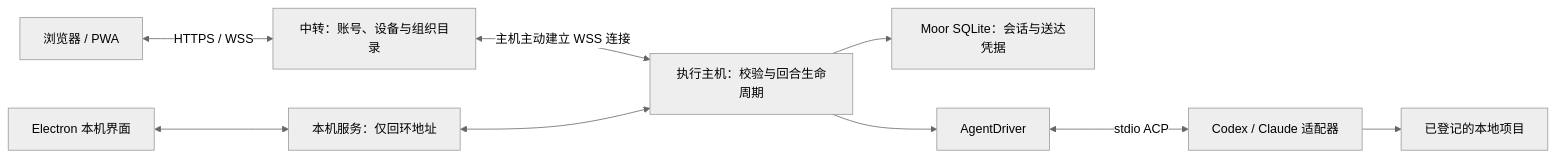
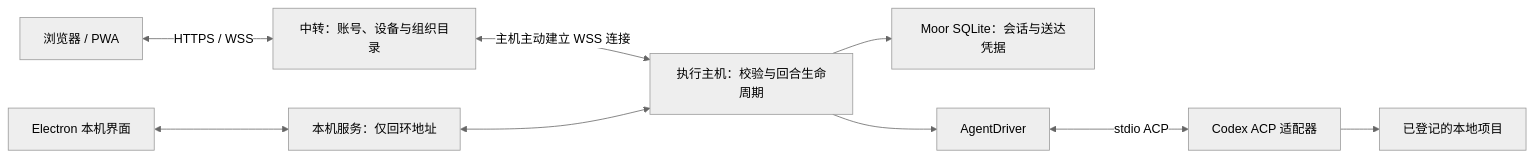
The diagram in docs/core.md (zZOMZz/moor), drawn with Mermaid (neutral theme) before and after one commit. The commit also changed other lines of this file and 68 other files, not shown here.

Commit message:
refactor(agent): use local Codex runtime

````diff
--- a/docs/core.md
+++ b/docs/core.md
@@ -9,11 +9,11 @@
 ```mermaid
 flowchart LR
   Web["浏览器 / PWA"] <-->|HTTPS / WSS| Relay["中转：账号、设备与组织目录"]
   Desktop["Electron 本机界面"] <--> Local["本机服务：仅回环地址"]
   Relay <-->|主机主动建立 WSS 连接| Host["执行主机：校验与回合生命周期"]
   Local <--> Host
   Host --> Store["Moor SQLite：会话与送达凭据"]
   Host --> Driver["AgentDriver"]
-  Driver <-->|stdio ACP| Agent["Codex / Claude 适配器"]
+  Driver <-->|stdio ACP| Agent["Codex ACP 适配器"]
   Agent --> Project["已登记的本地项目"]
 ```
````
